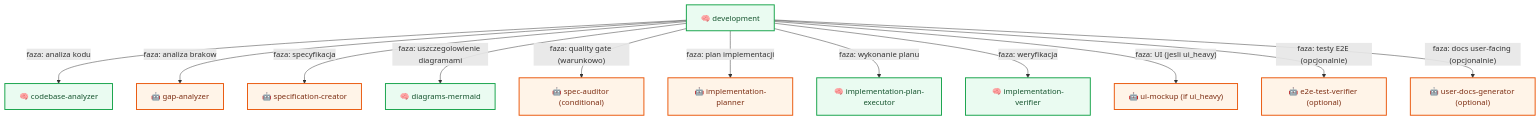
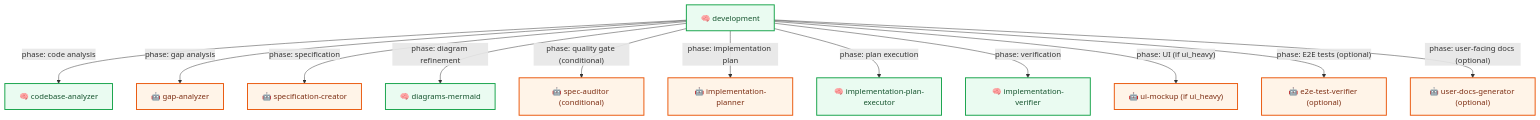
Before and after one commit to plucins/flowbit: the third of 11 diagrams in docs/flow/workflows.md, drawn with Mermaid. The commit also changed other lines of this file and 11 other files, not shown here.

````diff
--- a/docs/flow/workflows.md
+++ b/docs/flow/workflows.md
@@ -86,19 +86,19 @@
 ```mermaid
 graph TD
-  DEV2["🧠 development"] -- "faza: analiza kodu" --> CODEBASE_D["🧠 codebase-analyzer"]
-  DEV2 -- "faza: analiza brakow" --> GAP_D["🤖 gap-analyzer"]
-  DEV2 -- "faza: specyfikacja" --> SPEC_D["🤖 specification-creator"]
-  DEV2 -- "faza: uszczegolowienie diagramami" --> DIAG_D["🧠 diagrams-mermaid"]
-  DEV2 -- "faza: quality gate (warunkowo)" --> AUD_D["🤖 spec-auditor (conditional)"]
-  DEV2 -- "faza: plan implementacji" --> PLAN_D["🤖 implementation-planner"]
-  DEV2 -- "faza: wykonanie planu" --> EXEC_D["🧠 implementation-plan-executor"]
-  DEV2 -- "faza: weryfikacja" --> VER_D["🧠 implementation-verifier"]
-  DEV2 -- "faza: UI (jesli ui_heavy)" --> UI_D["🤖 ui-mockup (if ui_heavy)"]
-  DEV2 -- "faza: testy E2E (opcjonalnie)" --> E2E_D["🤖 e2e-test-verifier (optional)"]
-  DEV2 -- "faza: docs user-facing (opcjonalnie)" --> UDOCS_D["🤖 user-docs-generator (optional)"]
+  DEV2["🧠 development"] -- "phase: code analysis" --> CODEBASE_D["🧠 codebase-analyzer"]
+  DEV2 -- "phase: gap analysis" --> GAP_D["🤖 gap-analyzer"]
+  DEV2 -- "phase: specification" --> SPEC_D["🤖 specification-creator"]
+  DEV2 -- "phase: diagram refinement" --> DIAG_D["🧠 diagrams-mermaid"]
+  DEV2 -- "phase: quality gate (conditional)" --> AUD_D["🤖 spec-auditor (conditional)"]
+  DEV2 -- "phase: implementation plan" --> PLAN_D["🤖 implementation-planner"]
+  DEV2 -- "phase: plan execution" --> EXEC_D["🧠 implementation-plan-executor"]
+  DEV2 -- "phase: verification" --> VER_D["🧠 implementation-verifier"]
+  DEV2 -- "phase: UI (if ui_heavy)" --> UI_D["🤖 ui-mockup (if ui_heavy)"]
+  DEV2 -- "phase: E2E tests (optional)" --> E2E_D["🤖 e2e-test-verifier (optional)"]
+  DEV2 -- "phase: user-facing docs (optional)" --> UDOCS_D["🤖 user-docs-generator (optional)"]
 
   classDef skill fill:#EAFBF1,stroke:#16A34A,stroke-width:2px,color:#14532D;
   classDef agent fill:#FFF4E8,stroke:#EA580C,stroke-width:2px,color:#7C2D12;
   class DEV2,CODEBASE_D,EXEC_D,VER_D,DIAG_D skill;
   class GAP_D,SPEC_D,AUD_D,PLAN_D,UI_D,E2E_D,UDOCS_D agent;
 ```
````
